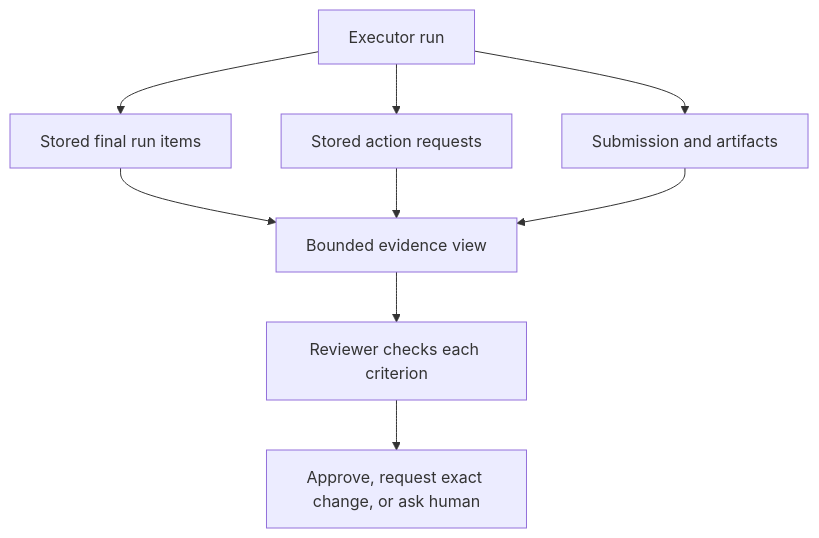
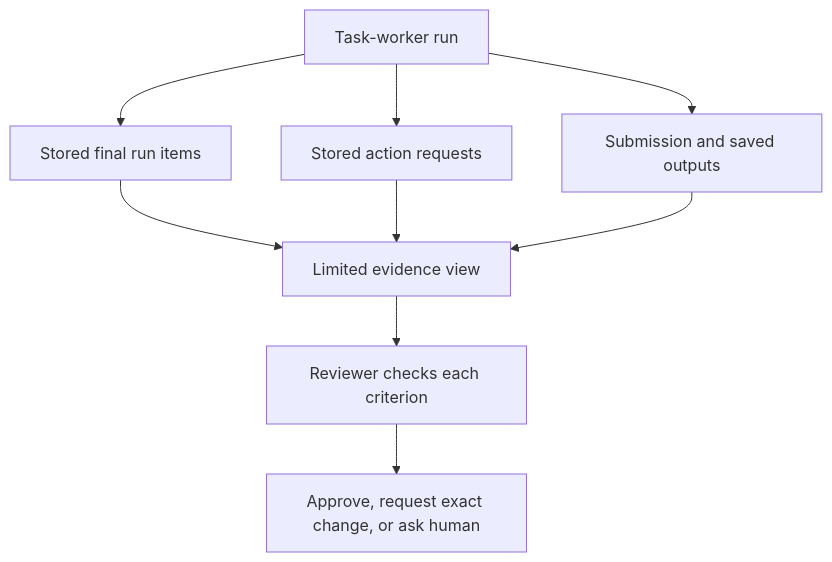
One commit to kpsuperplane/Noema changed diagram 18 of 29 in docs/superpowers/plans/2026-08-08-noema-practical-reliability-roadmap.md. Above: the diagram before and after it, drawn with Mermaid. The commit also changed other lines of this file, not shown here.

Commit message:
docs: apply plain terms across roadmap

````diff
--- a/docs/superpowers/plans/2026-08-08-noema-practical-reliability-roadmap.md
+++ b/docs/superpowers/plans/2026-08-08-noema-practical-reliability-roadmap.md
@@ -1085,15 +1095,15 @@
 ```mermaid
 flowchart TD
-    A["Executor run"]
+    A["Task-worker run"]
     B["Stored final run items"]
     C["Stored action requests"]
-    D["Submission and artifacts"]
-    E["Bounded evidence view"]
+    D["Submission and saved outputs"]
+    E["Limited evidence view"]
     F["Reviewer checks each criterion"]
     G["Approve, request exact change, or ask human"]
 
     A --> B --> E
     A --> C --> E
     A --> D --> E
     E --> F --> G
 ```
````
